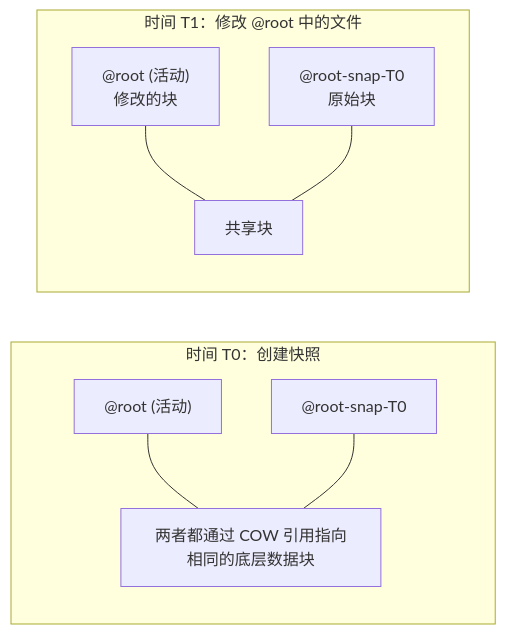
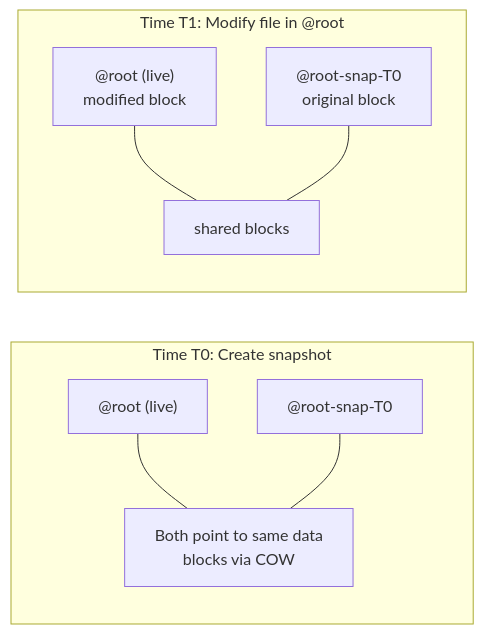
The diagram in i18n/zh/docusaurus-plugin-content-docs/current/03-btrfs-snapshots.md (stars-labs/self-healing-nixos-infra), drawn with Mermaid before and after one commit. The commit also changed other lines of this file and 15 other files, not shown here.

First line of the commit message:
Fix Mermaid parse errors in Chinese docs

````diff
--- a/i18n/zh/docusaurus-plugin-content-docs/current/03-btrfs-snapshots.md
+++ b/i18n/zh/docusaurus-plugin-content-docs/current/03-btrfs-snapshots.md
@@ -14,12 +14,12 @@
 ```mermaid
 flowchart LR
-    subgraph T0["时间 T0：创建快照"]
-        A["@root (活动)"] --- B["两者都通过 COW 引用指向相同的底层数据块"]
+    subgraph T0["Time T0: Create snapshot"]
+        A["@root (live)"] --- B["Both point to same data<br/>blocks via COW"]
         C["@root-snap-T0"] --- B
     end
     
-    subgraph T1["时间 T1：修改 @root 中的文件"]
-        D["@root (活动)<br/>修改的块"] --- E["共享块"]
-        F["@root-snap-T0<br/>原始块"] --- E
+    subgraph T1["Time T1: Modify file in @root"]
+        D["@root (live)<br/>modified block"] --- E["shared blocks"]
+        F["@root-snap-T0<br/>original block"] --- E
     end
 ```
````
